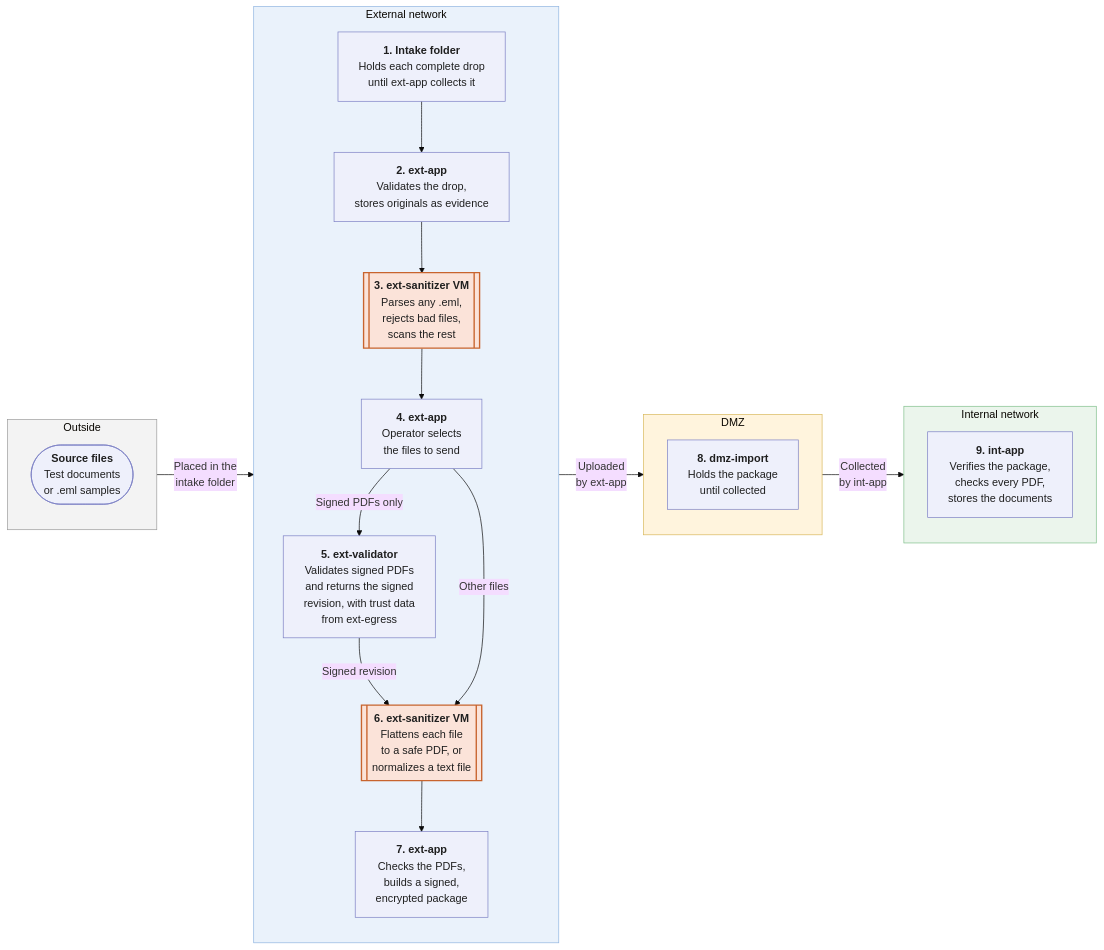
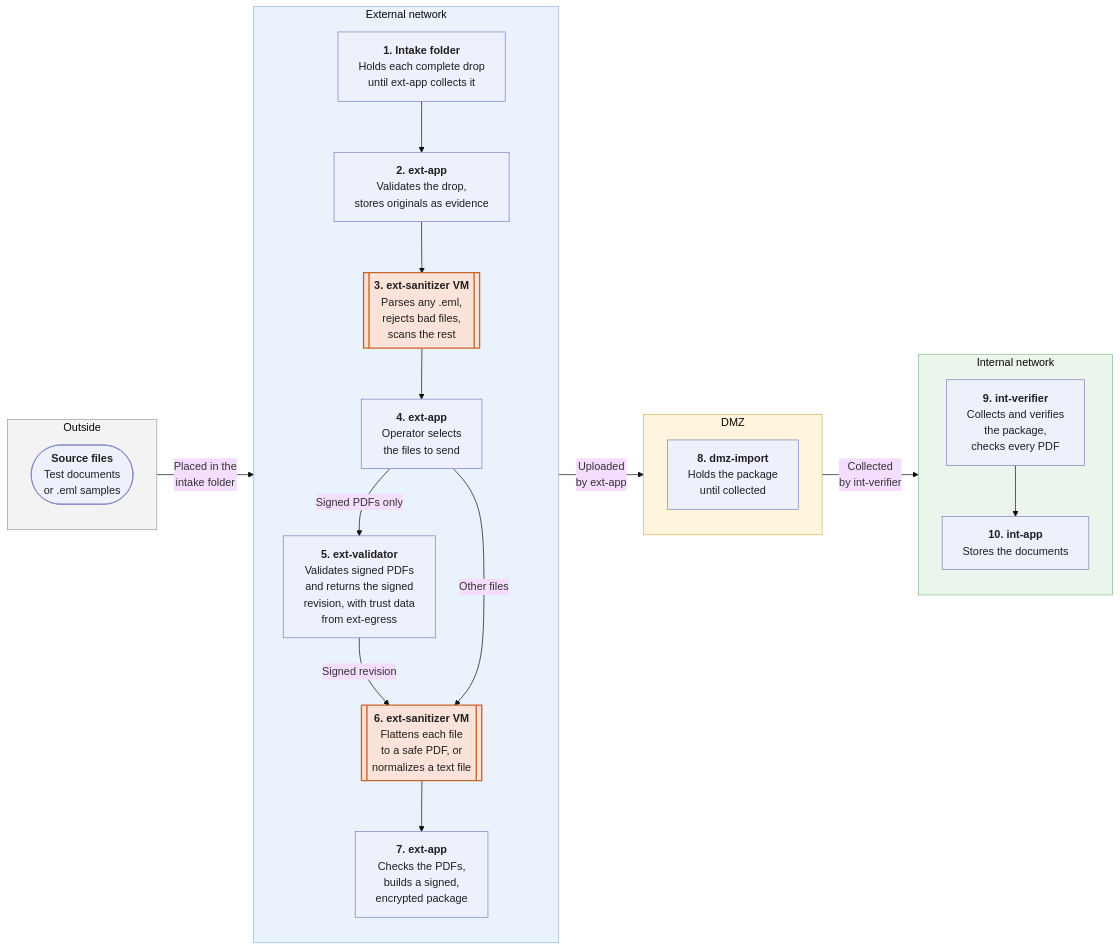
One commit to tgivslife/dxg-document-gateway changed the second of 8 diagrams in document-exchange-mvp-technical-documentation.md. Above: the diagram before and after it, drawn with Mermaid (base theme). The commit also changed other lines of this file and 3 other files, not shown here.

````diff
--- a/document-exchange-mvp-technical-documentation.md
+++ b/document-exchange-mvp-technical-documentation.md
@@ -206,52 +207,54 @@
 ```mermaid
 flowchart LR
     accDescr: Numbered document flow for a request coming in, from the intake folder to int-app
     %% Arrows show the order of work, not network connections.
-    %% ext-app and int-app make every call. The DMZ never connects to either network.
+    %% ext-app, int-app and int-verifier make every call. The DMZ never connects to either network.
     %% Double side borders: VM.
     %% Arrows link the zones, not the steps, so that each zone keeps its own top-down layout.
 
     subgraph OUT["Outside"]
         direction TB
         SRC(["<b>Source files</b><br/>Test documents<br/>or .eml samples"])
     end
 
     subgraph EXT["External network"]
         direction TB
         N1["<b>1. Intake folder</b><br/>Holds each complete drop<br/>until ext-app collects it"]
         N2["<b>2. ext-app</b><br/>Validates the drop,<br/>stores originals as evidence"]
         N3[["<b>3. ext-sanitizer VM</b><br/>Parses any .eml,<br/>rejects bad files,<br/>scans the rest"]]
         N4["<b>4. ext-app</b><br/>Operator selects<br/>the files to send"]
         N5["<b>5. ext-validator</b><br/>Validates signed PDFs<br/>and returns the signed<br/>revision, with trust data<br/>from ext-egress"]
         N6[["<b>6. ext-sanitizer VM</b><br/>Flattens each file<br/>to a safe PDF, or<br/>normalizes a text file"]]
         N7["<b>7. ext-app</b><br/>Checks the PDFs,<br/>builds a signed,<br/>encrypted package"]
         N1 --> N2 --> N3 --> N4
         N4 -->|"Signed PDFs only"| N5
         N5 -->|"Signed revision"| N6
         N4 -->|"Other files"| N6
         N6 --> N7
     end
 
     subgraph DMZ["DMZ"]
         direction TB
         N8["<b>8. dmz-import</b><br/>Holds the package<br/>until collected"]
     end
 
     subgraph INT["Internal network"]
         direction TB
-        N9["<b>9. int-app</b><br/>Verifies the package,<br/>checks every PDF,<br/>stores the documents"]
+        N9["<b>9. int-verifier</b><br/>Collects and verifies<br/>the package,<br/>checks every PDF"]
+        N10["<b>10. int-app</b><br/>Stores the documents"]
+        N9 --> N10
     end
 
     OUT -->|"Placed in the<br/>intake folder"| EXT
     EXT -->|"Uploaded<br/>by ext-app"| DMZ
-    DMZ -->|"Collected<br/>by int-app"| INT
+    DMZ -->|"Collected<br/>by int-verifier"| INT
 
     classDef step fill:#eef0fb,stroke:#7b7fc4,color:#1f1f1f
     classDef vm fill:#fbe3d9,stroke:#c8642e,stroke-width:2px,color:#1f1f1f
-    class SRC,N1,N2,N4,N5,N7,N8,N9 step
+    class SRC,N1,N2,N4,N5,N7,N8,N9,N10 step
     class N3,N6 vm
     style OUT fill:#f3f3f3,stroke:#9a9a9a
     style EXT fill:#eaf2fb,stroke:#8fb4e0
     style DMZ fill:#fff4dd,stroke:#d8b85a
     style INT fill:#ebf5ec,stroke:#7fbf8a
 ```
````
